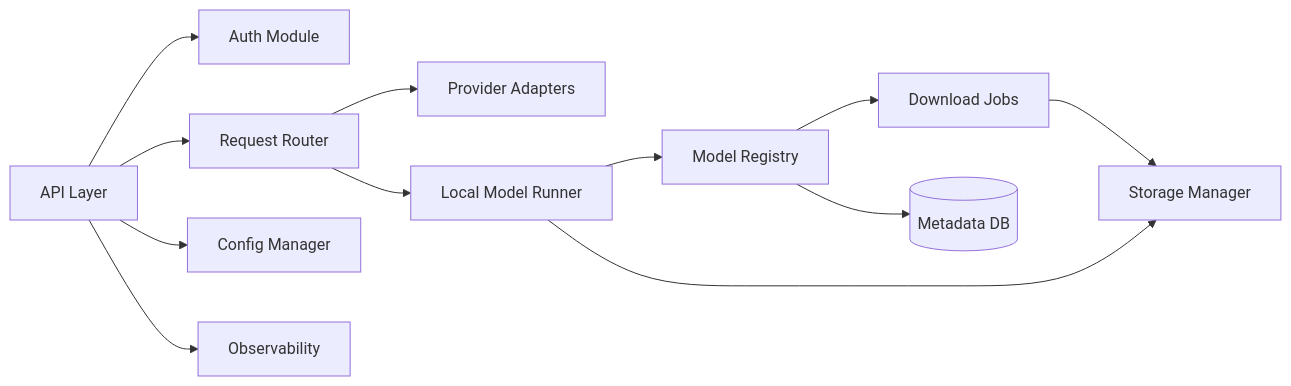
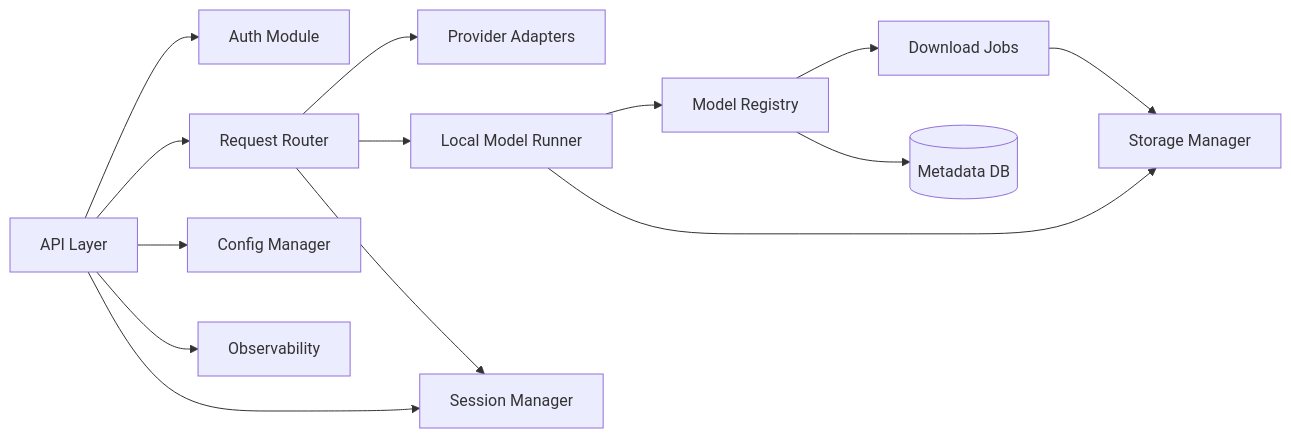
Before and after one commit to pluggably/llm_api: the first of 5 diagrams in docs/architecture/software_architecture_backend.md, drawn with Mermaid. The commit also changed other lines of this file and 14 other files, not shown here.

````diff
--- a/docs/architecture/software_architecture_backend.md
+++ b/docs/architecture/software_architecture_backend.md
@@ -12,26 +12,29 @@
 ```mermaid
 graph LR
     API[API Layer]
     Auth[Auth Module]
     Router[Request Router]
     Adapters[Provider Adapters]
     Runner[Local Model Runner]
     Registry[Model Registry]
     Downloader[Download Jobs]
     Storage[Storage Manager]
     Config[Config Manager]
     Obs[Observability]
+    Sessions[Session Manager]
     DB[(Metadata DB)]
 
     API --> Auth
     API --> Router
     API --> Obs
     Router --> Adapters
     Router --> Runner
+    Router --> Sessions
     Runner --> Registry
     Registry --> Downloader
     Registry --> DB
     Downloader --> Storage
     Runner --> Storage
     API --> Config
+    API --> Sessions
 ```
````
